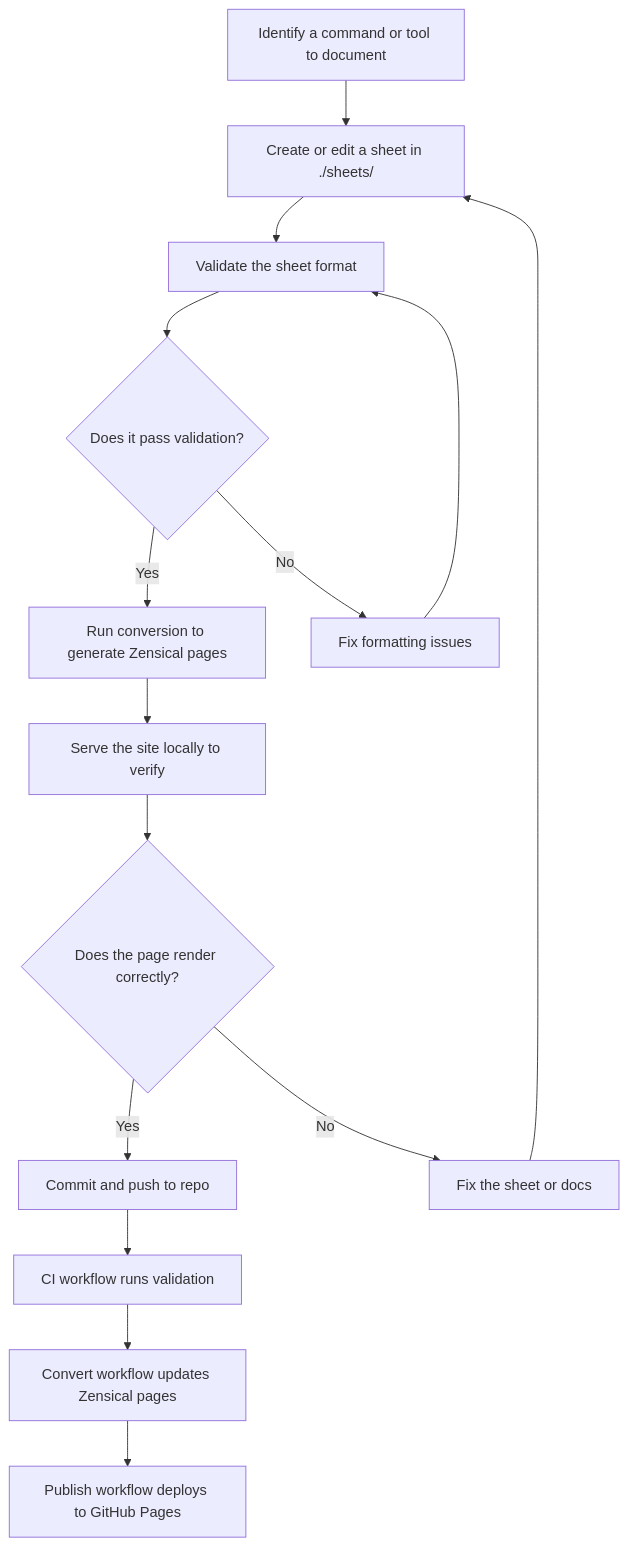
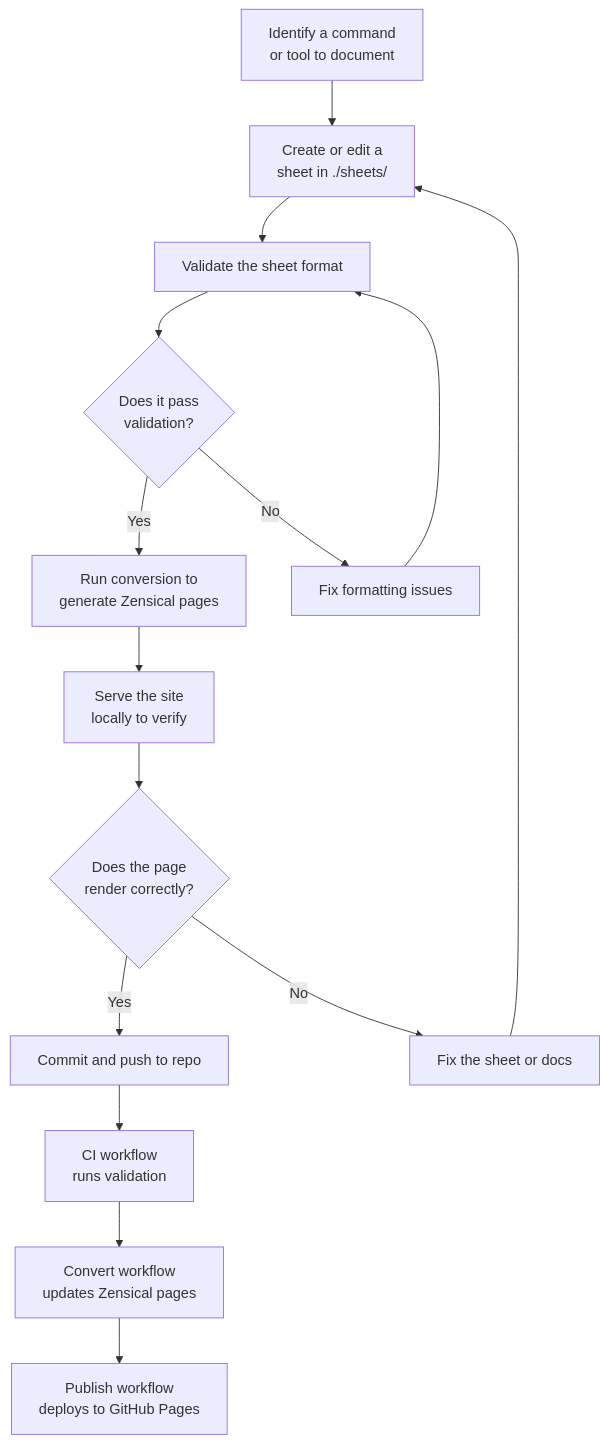
Before and after one commit to nicholaswilde/cheatsheets: the diagram in docs/reference/development.md, drawn with Mermaid.

Commit message:
fix(docs): wrap long mermaid node labels with br to prevent overflow

````diff
--- a/docs/reference/development.md
+++ b/docs/reference/development.md
@@ -18,38 +18,38 @@
 ``` mermaid
 graph TD
-  A[Identify a command or tool to document];
-  B[Create or edit a sheet in ./sheets/];
+  A["Identify a command<br/>or tool to document"];
+  B["Create or edit a<br/>sheet in ./sheets/"];
   C[Validate the sheet format];
-  D{Does it pass validation?};
+  D{Does it pass<br/>validation?};
   E[Fix formatting issues];
-  F[Run conversion to generate Zensical pages];
-  G[Serve the site locally to verify];
-  H{Does the page render correctly?};
+  F["Run conversion to<br/>generate Zensical pages"];
+  G["Serve the site<br/>locally to verify"];
+  H{Does the page<br/>render correctly?};
   I[Fix the sheet or docs];
   J[Commit and push to repo];
-  K[CI workflow runs validation];
-  L[Convert workflow updates Zensical pages];
-  M[Publish workflow deploys to GitHub Pages];
+  K["CI workflow<br/>runs validation"];
+  L["Convert workflow<br/>updates Zensical pages"];
+  M["Publish workflow<br/>deploys to GitHub Pages"];
 
   A --> B;
   B --> C;
   C --> D;
   D --> |Yes| F;
   D --> |No| E;
   E --> C;
   F --> G;
   G --> H;
   H --> |Yes| J;
   H --> |No| I;
   I --> B;
   J --> K;
   K --> L;
   L --> M;
 
   click C "#task"
   click F "#task"
   click G "#zensical"
   click K "https://github.com/nicholaswilde/cheatsheets/actions/workflows/ci.yml"
   click L "https://github.com/nicholaswilde/cheatsheets/actions/workflows/convert.yml"
   click M "https://github.com/nicholaswilde/cheatsheets/actions/workflows/publish.yml"
 ```
````
